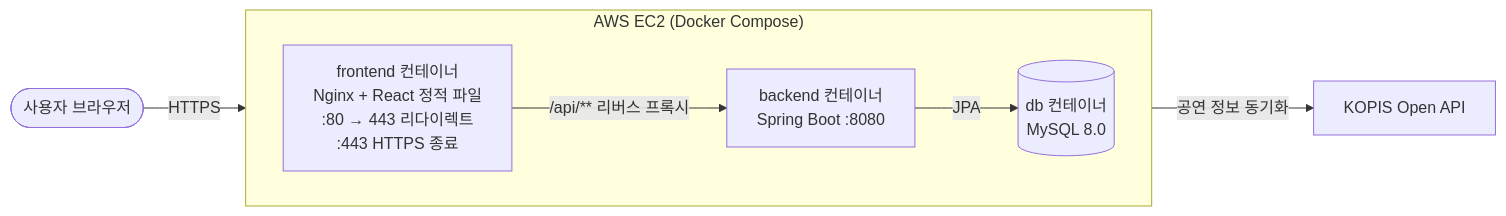
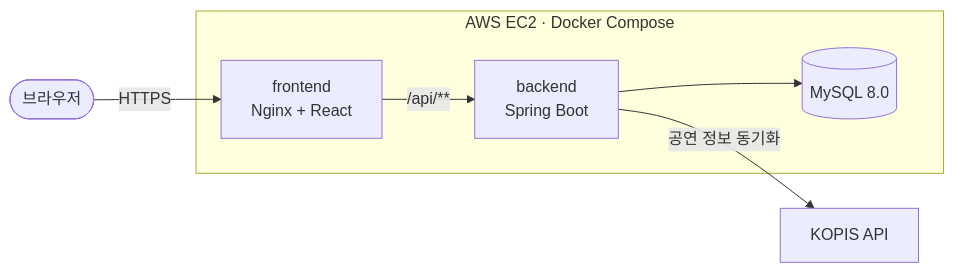
The diagram in README.md (dongri-p/InMyTicket_JPA), drawn with Mermaid before and after one commit. The commit also changed other lines of this file and 5 other files, not shown here.

````diff
--- a/README.md
+++ b/README.md
@@ -46,18 +41,9 @@
 ```mermaid
 flowchart LR
-    User([사용자 브라우저])
-
-    subgraph EC2["AWS EC2 (Docker Compose)"]
-        direction LR
-        Nginx["frontend 컨테이너<br/>Nginx + React 정적 파일<br/>:80 → 443 리다이렉트<br/>:443 HTTPS 종료"]
-        Backend["backend 컨테이너<br/>Spring Boot :8080"]
-        DB[("db 컨테이너<br/>MySQL 8.0")]
+    User([브라우저]) -- HTTPS --> Nginx["frontend<br/>Nginx + React"]
+    subgraph EC2["AWS EC2 · Docker Compose"]
+        Nginx -- "/api/**" --> Backend["backend<br/>Spring Boot"]
+        Backend --> DB[("MySQL 8.0")]
     end
-
-    KOPIS["KOPIS Open API"]
-
-    User -- "HTTPS" --> Nginx
-    Nginx -- "/api/** 리버스 프록시" --> Backend
-    Backend -- "JPA" --> DB
-    Backend -- "공연 정보 동기화" --> KOPIS
+    Backend -- 공연 정보 동기화 --> KOPIS["KOPIS API"]
 ```
````
